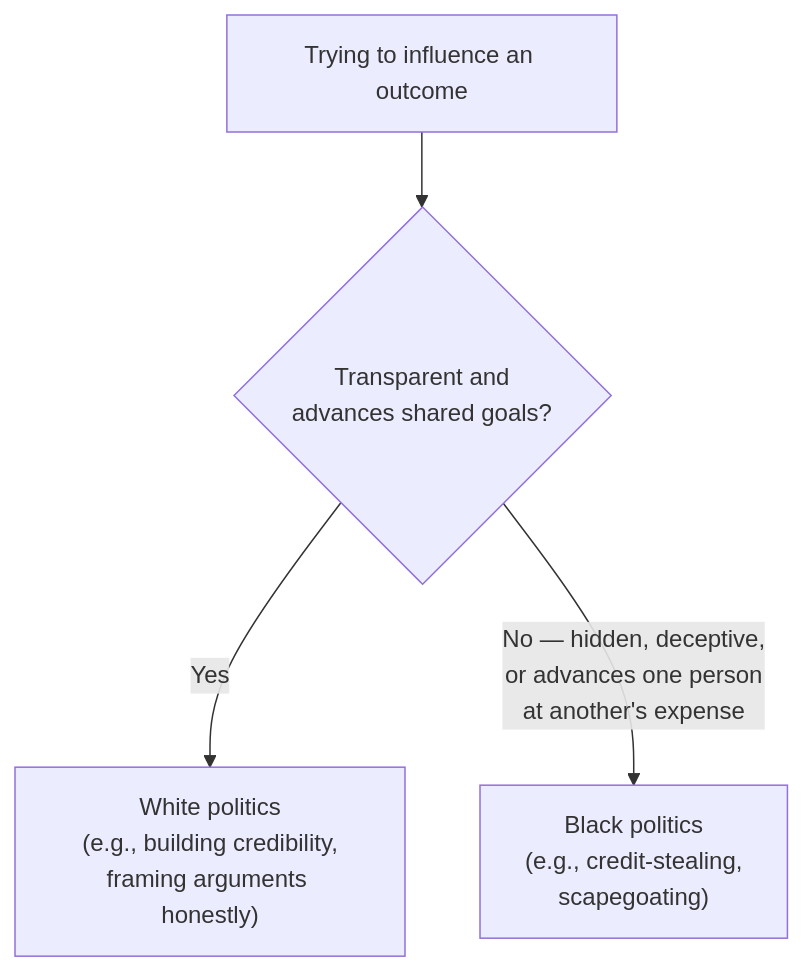
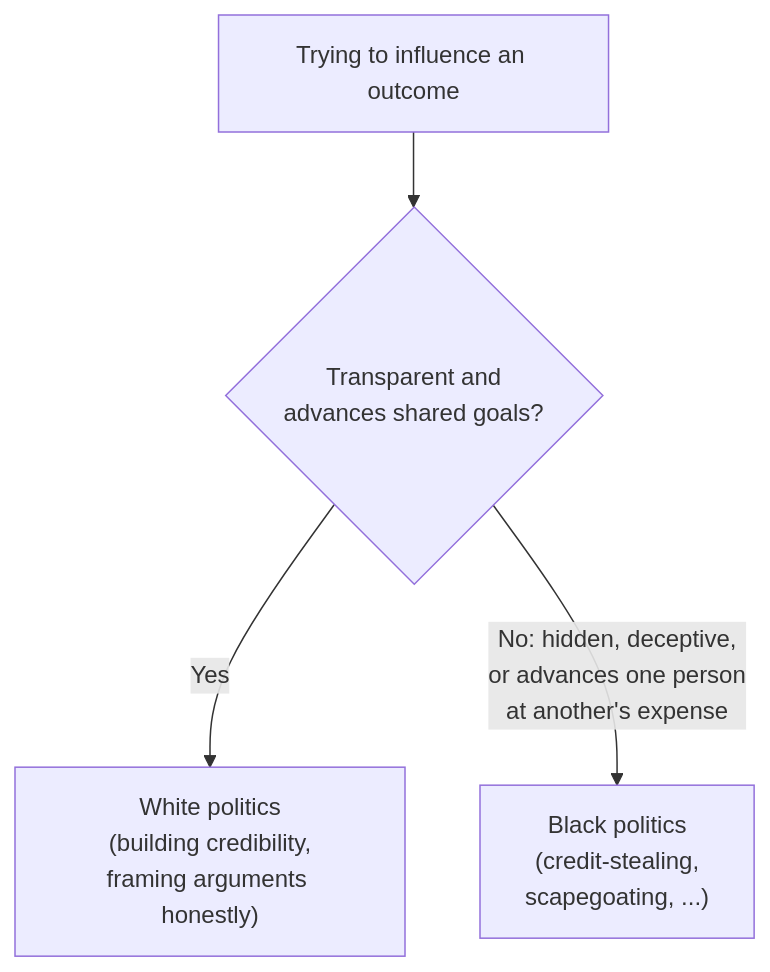
The diagram in src/content/corporate-politics/credit-stealing/L2-concept.mdx (francoandreDev/knowledge), drawn with Mermaid before and after one commit. The commit also changed other lines of this file and 3 other files, not shown here.

Commit message:
Migrate corporate-politics/credit-stealing to the three-tier exercise model

````diff
--- a/src/content/corporate-politics/credit-stealing/L2-concept.mdx
+++ b/src/content/corporate-politics/credit-stealing/L2-concept.mdx
@@ -65,6 +72,6 @@
 ```mermaid
 flowchart TD
     A["Trying to influence an outcome"] --> B{"Transparent and\nadvances shared goals?"}
-    B -->|"Yes"| C["White politics\n(e.g., building credibility,\nframing arguments honestly)"]
-    B -->|"No — hidden, deceptive,\nor advances one person\nat another's expense"| D["Black politics\n(e.g., credit-stealing,\nscapegoating)"]
+    B -->|"Yes"| C["White politics\n(building credibility,\nframing arguments honestly)"]
+    B -->|"No: hidden, deceptive,\nor advances one person\nat another's expense"| D["Black politics\n(credit-stealing,\nscapegoating, ...)"]
 ```
````
